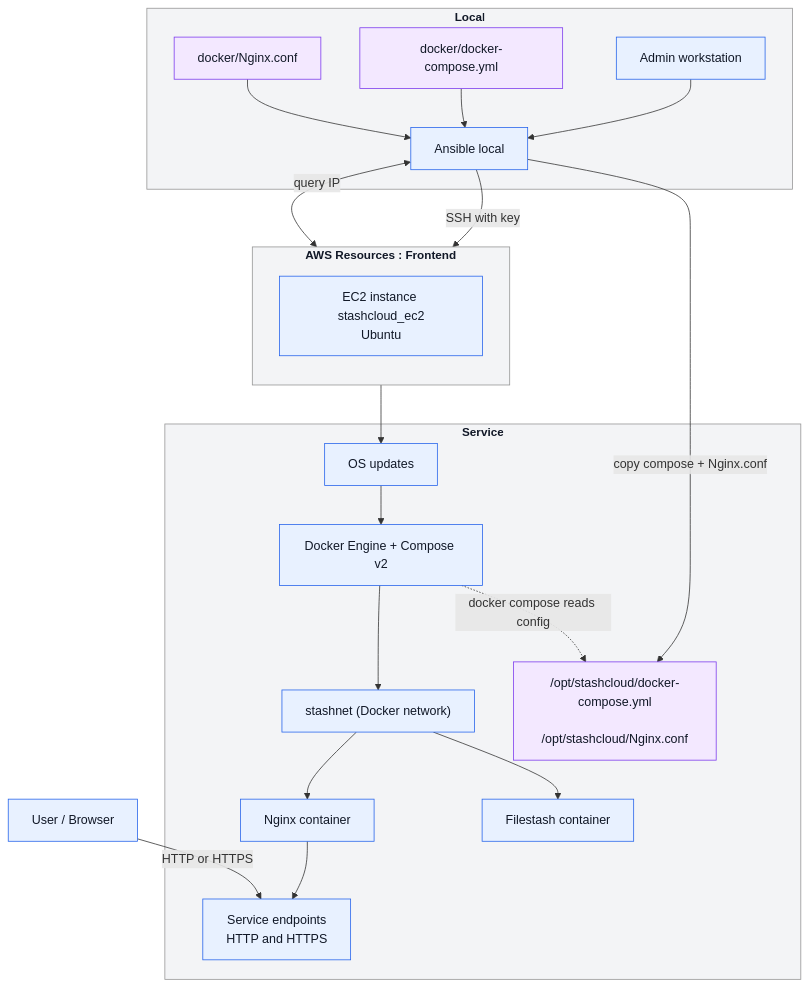
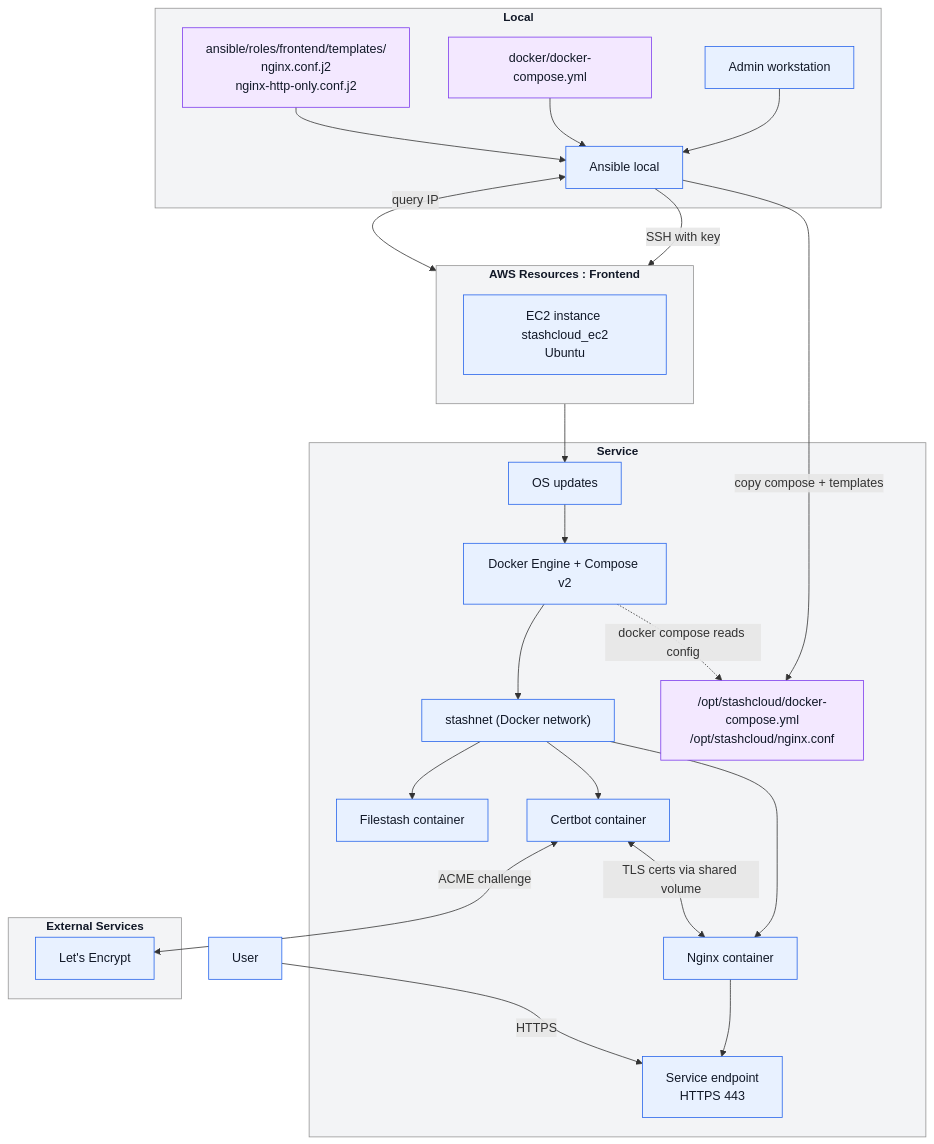
One commit to gsiegwald/stashcloud changed the third of 3 diagrams in README.md. Above: the diagram before and after it, drawn with Mermaid. The commit also changed other lines of this file and 2 other files, not shown here.

````diff
--- a/README.md
+++ b/README.md
@@ -234,55 +211,59 @@
 ```mermaid
 flowchart TB
   subgraph L[" Local "]
     U["Admin workstation"]
     ANS["Ansible local"]
     DC["docker/docker-compose.yml"]
-    NC["docker/Nginx.conf"]
+    TMPL["ansible/roles/frontend/templates/<br/>nginx.conf.j2<br/>nginx-http-only.conf.j2"]
   end
 
   subgraph FR["AWS Resources : Frontend"]
     direction TB
-
-    EC2["EC2 instance stashcloud_ec2\nUbuntu"]
+    EC2["EC2 instance stashcloud_ec2<br/>Ubuntu"]
   end
 
-  subgraph APP["Service  "]
+  subgraph APP["Service"]
     OS["OS updates"]
     DOCKER["Docker Engine + Compose v2"]
     ST["stashnet (Docker network)"]
     NGX["Nginx container"]
     FLS["Filestash container"]
-    EP["Service endpoints <br>HTTP and HTTPS"]
-    OPT["/opt/stashcloud/docker-compose.yml
-    /opt/stashcloud/Nginx.conf"]
+    CERTBOT["Certbot container"]
+    EP["Service endpoint<br/>HTTPS 443"]
+    OPT["/opt/stashcloud/docker-compose.yml<br/>/opt/stashcloud/nginx.conf"]
+  end
+
+  subgraph EXT["External Services"]
+    LE["Let's Encrypt"]
   end
 
   U --> ANS
-
   ANS -- "query IP" <--> FR
-
-
   ANS -- "SSH with key" --> EC2
-
-  ANS -- "copy compose + Nginx.conf" --> OPT
+  ANS -- "copy compose + templates" --> OPT
   DC --> ANS
-  NC --> ANS
+  TMPL --> ANS
 
   EC2 --> OS --> DOCKER --> ST
   ST --> NGX --> EP
   ST --> FLS
-  B["User / Browser"] -- HTTP or HTTPS --> EP
+  ST --> CERTBOT
+
+  CERTBOT <-->|ACME challenge| LE
+  CERTBOT <-->|TLS certs via shared volume| NGX
+
+  B["User"] -- HTTPS --> EP
   DOCKER -. "docker compose reads config" .-> OPT
 
-%% ---- Subgraph styling (backgrounds) ----
-style L  fill:#F3F4F6,stroke:#949494,stroke-width:1px,color:#111827,font-size:15px,font-weight:bold
-style FR fill:#F3F4F6,stroke:#949494,stroke-width:1px,color:#111827,font-size:15px,font-weight:bold
-style APP fill:#F3F4F6,stroke:#949494,stroke-width:1px,color:#111827,font-size:15px,font-weight:bold
-%% ---- Node styling ----
-classDef fileNode fill:#F3E8FF,stroke:#7C3AED,stroke-width:1px,color:#111827;
-classDef default  fill:#E8F1FF,stroke:#2563EB,stroke-width:1px,color:#111827;
-classDef anchorNode fill:transparent,stroke:transparent,stroke-width:0px,color:transparent;
+  style L  fill:#F3F4F6,stroke:#949494,stroke-width:1px,color:#111827,font-size:15px,font-weight:bold
+  style FR fill:#F3F4F6,stroke:#949494,stroke-width:1px,color:#111827,font-size:15px,font-weight:bold
+  style APP fill:#F3F4F6,stroke:#949494,stroke-width:1px,color:#111827,font-size:15px,font-weight:bold
+  style EXT fill:#F3F4F6,stroke:#949494,stroke-width:1px,color:#111827,font-size:15px,font-weight:bold
 
-%% Apply file style to file nodes
-class DC,NC,OPT fileNode;
+  classDef fileNode fill:#F3E8FF,stroke:#7C3AED,stroke-width:1px,color:#111827;
+  classDef default  fill:#E8F1FF,stroke:#2563EB,stroke-width:1px,color:#111827;
+  classDef anchorNode fill:transparent,stroke:transparent,stroke-width:0px,color:transparent;
+
+  class DC,TMPL,OPT fileNode;
+
 ```
````
